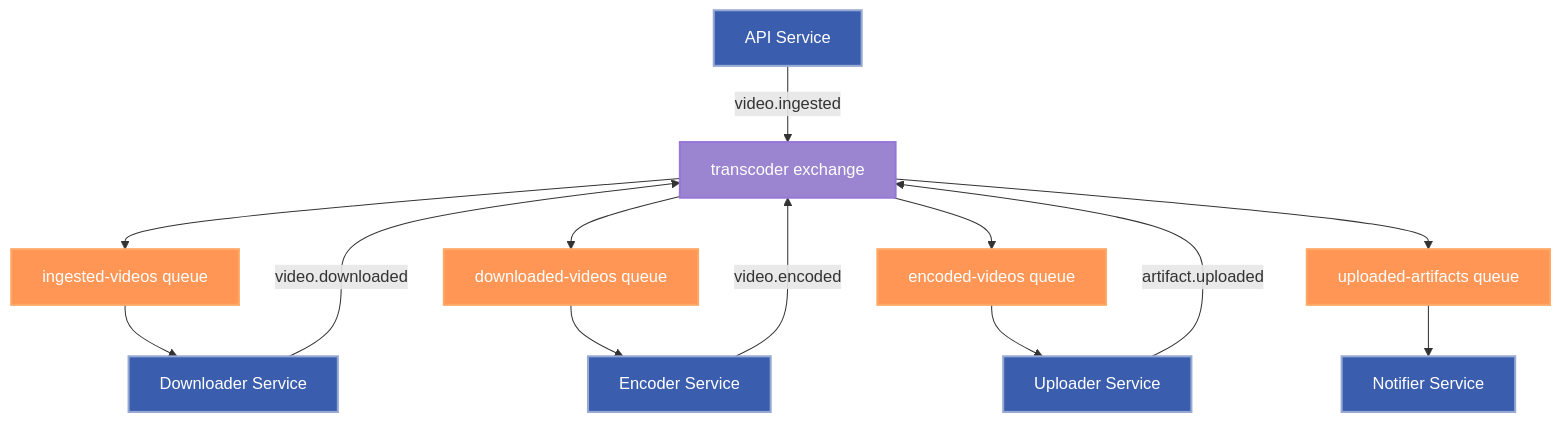
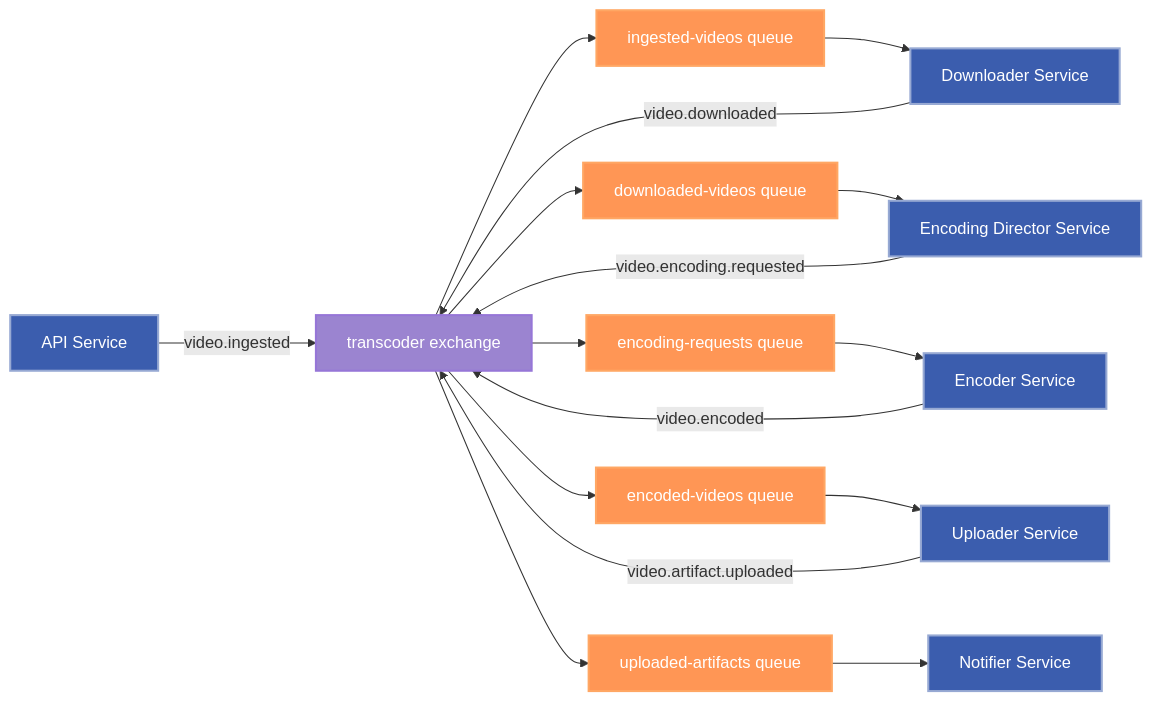
Before and after one commit to cieslarmichal/transcoder: the second of 2 diagrams in README.md, drawn with Mermaid. The commit also changed other lines of this file and 2 other files, not shown here.

Commit message:
feat: add new service to readme

````diff
--- a/README.md
+++ b/README.md
@@ -49,35 +53,41 @@
 ```mermaid
-flowchart TB
+flowchart LR
   API[API Service]:::service
   DOWNLOADER[Downloader Service]:::service
+  ENCODING_DIRECTOR[Encoding Director Service]:::service
   ENCODER[Encoder Service]:::service
   UPLOADER[Uploader Service]:::service
   NOTIFIER[Notifier Service]:::service
 
   INGESTED_VIDEOS[ingested-videos queue]:::queue
   DOWNLOADED_VIDEOS[downloaded-videos queue]:::queue
+  ENCODING_REQUESTS[encoding-requests queue]:::queue
   ENCODED_VIDEOS[encoded-videos queue]:::queue
   UPLOADED_ARTIFACTS[uploaded-artifacts queue]:::queue
 
   EXCHANGE[transcoder exchange]:::exchange
 
   API -->|video.ingested| EXCHANGE
   EXCHANGE --> INGESTED_VIDEOS
   INGESTED_VIDEOS --> DOWNLOADER
 
   DOWNLOADER -->|video.downloaded| EXCHANGE
   EXCHANGE --> DOWNLOADED_VIDEOS
-  DOWNLOADED_VIDEOS --> ENCODER
+  DOWNLOADED_VIDEOS --> ENCODING_DIRECTOR
+
+  ENCODING_DIRECTOR -->|video.encoding.requested| EXCHANGE
+  EXCHANGE --> ENCODING_REQUESTS
+  ENCODING_REQUESTS --> ENCODER
   
   ENCODER -->|video.encoded| EXCHANGE
   EXCHANGE --> ENCODED_VIDEOS
   ENCODED_VIDEOS --> UPLOADER
 
-  UPLOADER -->|artifact.uploaded| EXCHANGE
+  UPLOADER -->|video.artifact.uploaded| EXCHANGE
   EXCHANGE --> UPLOADED_ARTIFACTS
   UPLOADED_ARTIFACTS --> NOTIFIER
 
   classDef queue color:#fff,fill:#ff9655,stroke:#ffa764,stroke-width:2px;
   classDef exchange color:#fff,fill:#9b84d0,stroke:#9676d7,stroke-width:2px;
   classDef service color:#fff,fill:#3b5dae,stroke:#97a9d3,stroke-width:2px;
 ```
````
